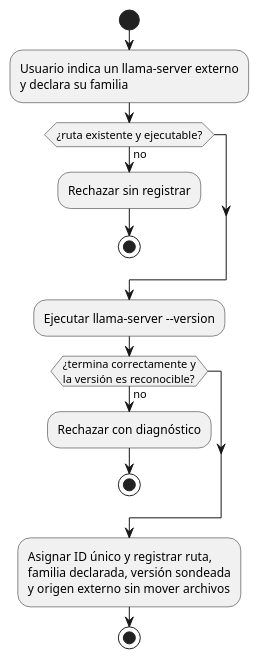
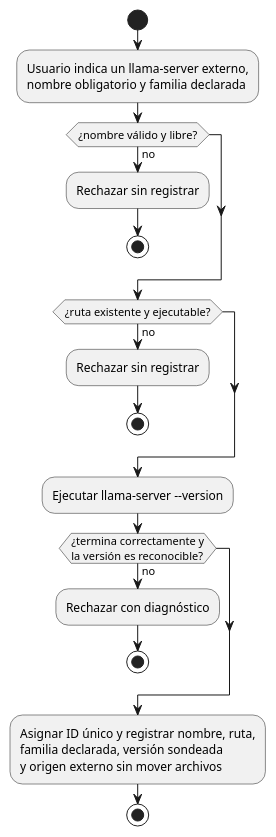
Before and after one commit to mstranich/coquena: the second of 7 diagrams in docs/actividades.md, drawn with PlantUML. The commit also changed other lines of this file and 10 other files, not shown here.

````diff
--- a/docs/actividades.md
+++ b/docs/actividades.md
@@ -70,17 +71,21 @@
 ```plantuml
 @startuml
 start
-:Usuario indica un llama-server externo\ny declara su familia;
+:Usuario indica un llama-server externo,\nnombre obligatorio y familia declarada;
+if (¿nombre válido y libre?) then (no)
+  :Rechazar sin registrar;
+  stop
+endif
 if (¿ruta existente y ejecutable?) then (no)
   :Rechazar sin registrar;
   stop
 endif
 :Ejecutar llama-server --version;
 if (¿termina correctamente y\nla versión es reconocible?) then (no)
   :Rechazar con diagnóstico;
   stop
 endif
-:Asignar ID único y registrar ruta,\nfamilia declarada, versión sondeada\ny origen externo sin mover archivos;
+:Asignar ID único y registrar nombre, ruta,\nfamilia declarada, versión sondeada\ny origen externo sin mover archivos;
 stop
 @enduml
 ```
````
